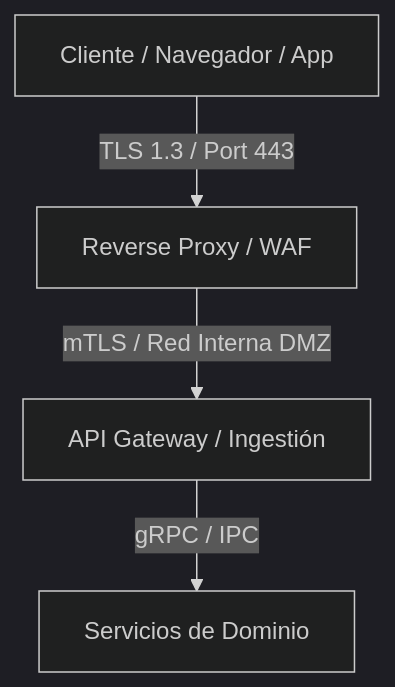
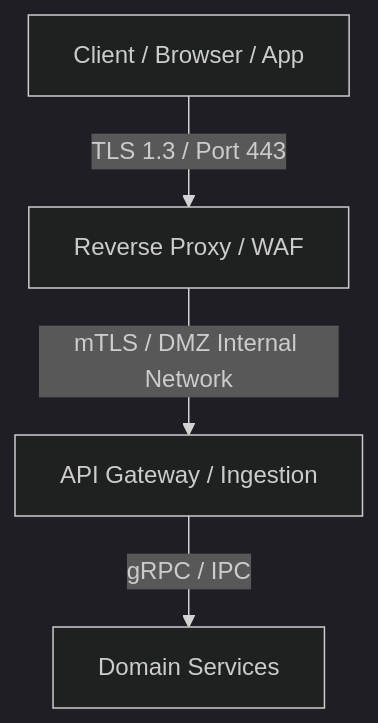
One commit to altromon/AI-SDLC changed the second of 2 diagrams in templates/architecture/context-and-scope.template.md. Above: the diagram before and after it, drawn with Mermaid (dark theme). The commit also changed other lines of this file and 125 other files, not shown here.

````diff
--- a/templates/architecture/context-and-scope.template.md
+++ b/templates/architecture/context-and-scope.template.md
@@ -44,6 +44,6 @@
 ```mermaid
 graph TD
-    Client[Cliente / Navegador / App] -->|TLS 1.3 / Port 443| LB[Reverse Proxy / WAF]
-    LB -->|mTLS / Red Interna DMZ| Gateway[API Gateway / Ingestión]
-    Gateway -->|gRPC / IPC| Core[Servicios de Dominio]
+    Client[Client / Browser / App] -->|TLS 1.3 / Port 443| LB[Reverse Proxy / WAF]
+    LB -->|mTLS / DMZ Internal Network| Gateway[API Gateway / Ingestion]
+    Gateway -->|gRPC / IPC| Core[Domain Services]
 ```
````
